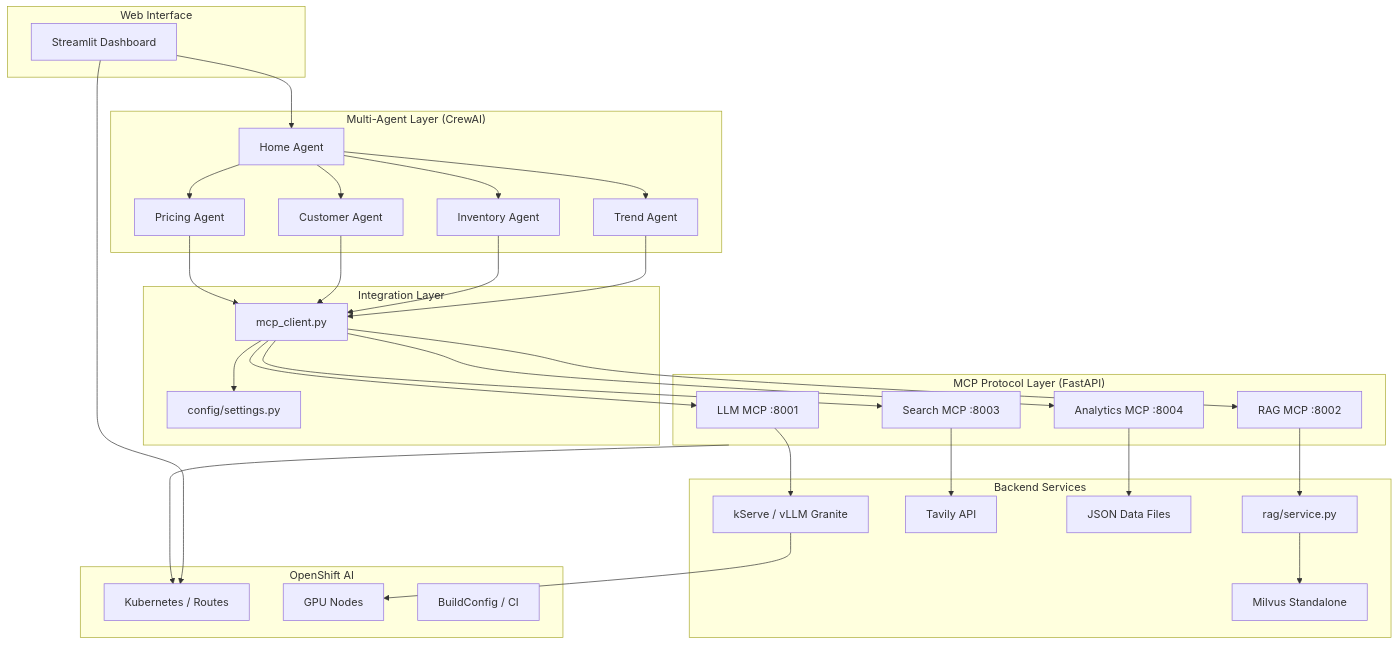
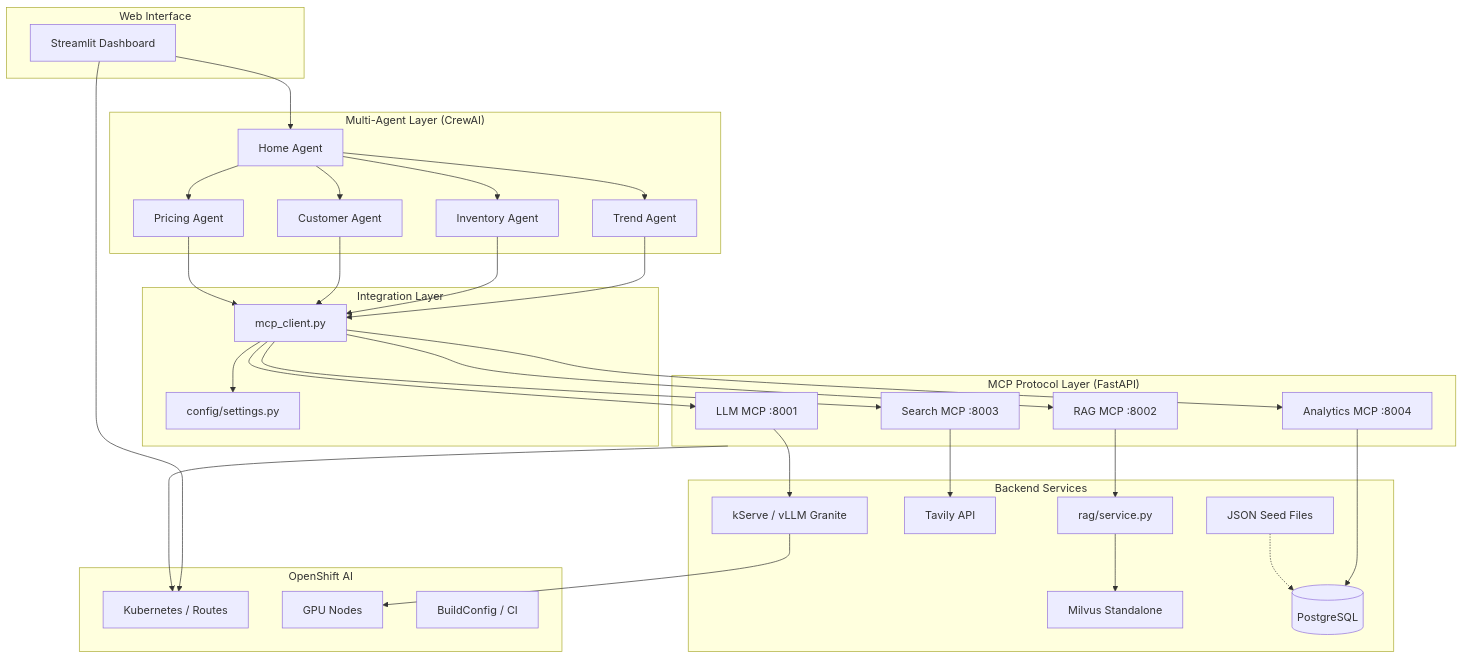
One commit to daniethom/openshift-ai-unified-retail-demo changed the diagram in docs/ARCHITECTURE.md. Above: the diagram before and after it, drawn with Mermaid. The commit also changed other lines of this file and 92 other files, not shown here.

First line of the commit message:
feat: Phase 5 PostgreSQL data layer and test coverage (#1)

````diff
--- a/docs/ARCHITECTURE.md
+++ b/docs/ARCHITECTURE.md
@@ -9,53 +9,55 @@
 ```mermaid
 graph TB
     subgraph UI["Web Interface"]
         ST[Streamlit Dashboard]
     end
 
     subgraph Agents["Multi-Agent Layer (CrewAI)"]
         HOME[Home Agent]
         TREND[Trend Agent]
         INV[Inventory Agent]
         CUST[Customer Agent]
         PRICE[Pricing Agent]
     end
 
     subgraph Client["Integration Layer"]
         CFG[config/settings.py]
         MCP[mcp_client.py]
     end
 
     subgraph MCPLayer["MCP Protocol Layer (FastAPI)"]
         MCP_LLM[LLM MCP :8001]
         MCP_RAG[RAG MCP :8002]
         MCP_SEARCH[Search MCP :8003]
         MCP_ANALYTICS[Analytics MCP :8004]
     end
 
     subgraph Backends["Backend Services"]
         KSERVE[kServe / vLLM Granite]
         MILVUS[Milvus Standalone]
         TAVILY[Tavily API]
-        DATA[JSON Data Files]
+        DATA[(PostgreSQL)]
+        SEED[JSON Seed Files]
         RAGSVC[rag/service.py]
     end
 
     subgraph Platform["OpenShift AI"]
         K8S[Kubernetes / Routes]
         GPU[GPU Nodes]
         BC[BuildConfig / CI]
     end
 
     ST --> HOME
     HOME --> TREND & INV & CUST & PRICE
     TREND & INV & CUST & PRICE --> MCP
     MCP --> CFG
     MCP --> MCP_LLM & MCP_RAG & MCP_SEARCH & MCP_ANALYTICS
     MCP_LLM --> KSERVE
     MCP_RAG --> RAGSVC --> MILVUS
     MCP_SEARCH --> TAVILY
     MCP_ANALYTICS --> DATA
+    SEED -.-> DATA
     KSERVE --> GPU
     MCPLayer --> K8S
     ST --> K8S
 ```
````
